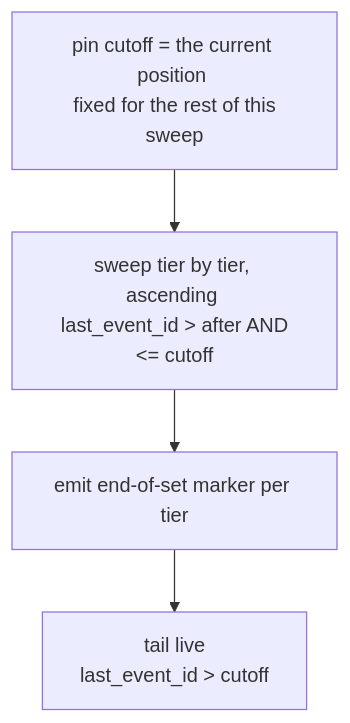
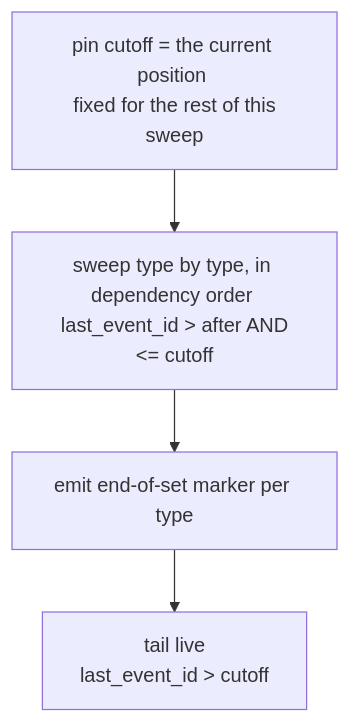
The diagram in architecture/07-sync-streaming.md (DKE-Data/masterdata-sync-working-group), drawn with Mermaid before and after one commit. The commit also changed other lines of this file and 1 other file, not shown here.

Commit message:
Remove tier from curson

````diff
--- a/architecture/07-sync-streaming.md
+++ b/architecture/07-sync-streaming.md
@@ -108,10 +110,10 @@
 ```mermaid
 flowchart TB
     PIN["pin cutoff = the current position \n fixed for the rest of this sweep"]
-    SWEEP["sweep tier by tier, ascending \n last_event_id &gt; after AND &lt;= cutoff"]
-    MARK["emit end-of-set marker per tier"]
+    SWEEP["sweep type by type, in dependency order \n last_event_id &gt; after AND &lt;= cutoff"]
+    MARK["emit end-of-set marker per type"]
     TAIL["tail live \n last_event_id &gt; cutoff"]
     PIN --> SWEEP
     SWEEP --> MARK
     MARK --> TAIL
 ```
````
